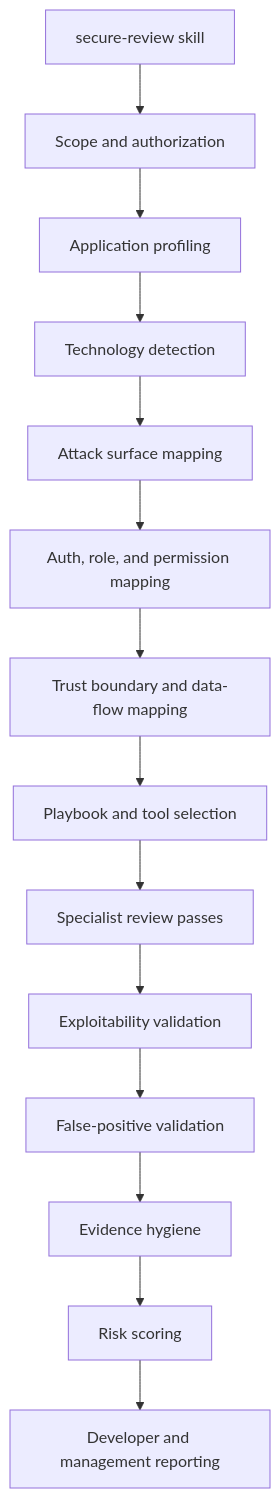
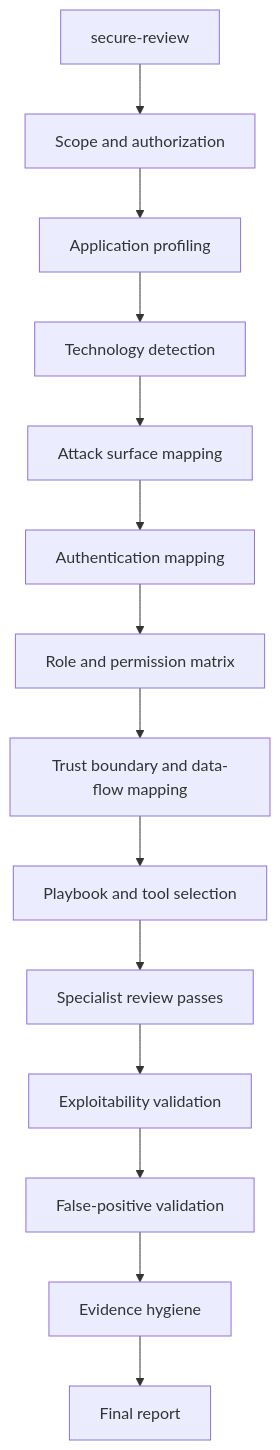
One commit to RS-Lucifer/secure-code-review-skills changed the diagram in README.md. Above: the diagram before and after it, drawn with Mermaid. The commit also changed other lines of this file and 1 other file, not shown here.

Commit message:
Restyle README as claude-codex secure review

````diff
--- a/README.md
+++ b/README.md
@@ -108,16 +142,16 @@
 ```mermaid
 flowchart TD
-  A["secure-review skill"] --> B["Scope and authorization"]
+  A["secure-review"] --> B["Scope and authorization"]
   B --> C["Application profiling"]
   C --> D["Technology detection"]
   D --> E["Attack surface mapping"]
-  E --> F["Auth, role, and permission mapping"]
-  F --> G["Trust boundary and data-flow mapping"]
-  G --> H["Playbook and tool selection"]
-  H --> I["Specialist review passes"]
-  I --> J["Exploitability validation"]
-  J --> K["False-positive validation"]
-  K --> L["Evidence hygiene"]
-  L --> M["Risk scoring"]
-  M --> N["Developer and management reporting"]
+  E --> F["Authentication mapping"]
+  F --> G["Role and permission matrix"]
+  G --> H["Trust boundary and data-flow mapping"]
+  H --> I["Playbook and tool selection"]
+  I --> J["Specialist review passes"]
+  J --> K["Exploitability validation"]
+  K --> L["False-positive validation"]
+  L --> M["Evidence hygiene"]
+  M --> N["Final report"]
 ```
````
